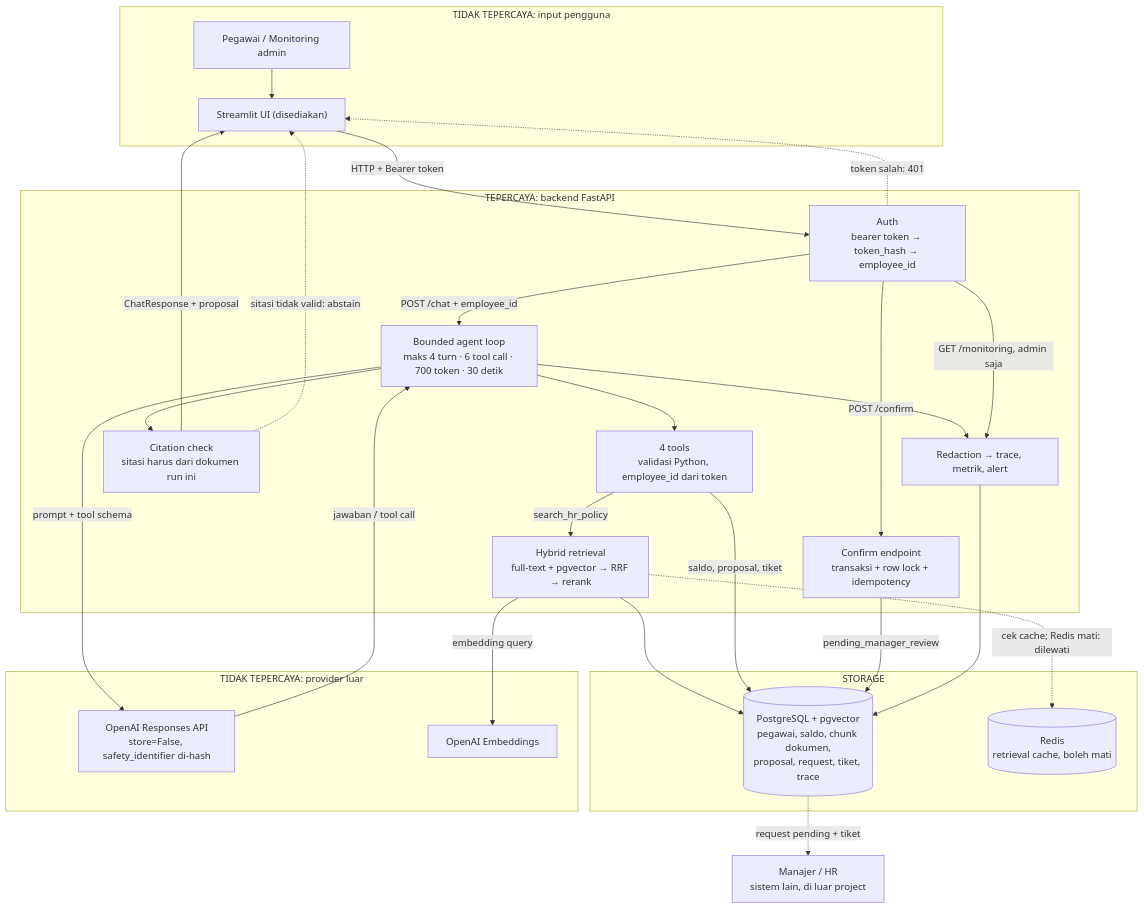
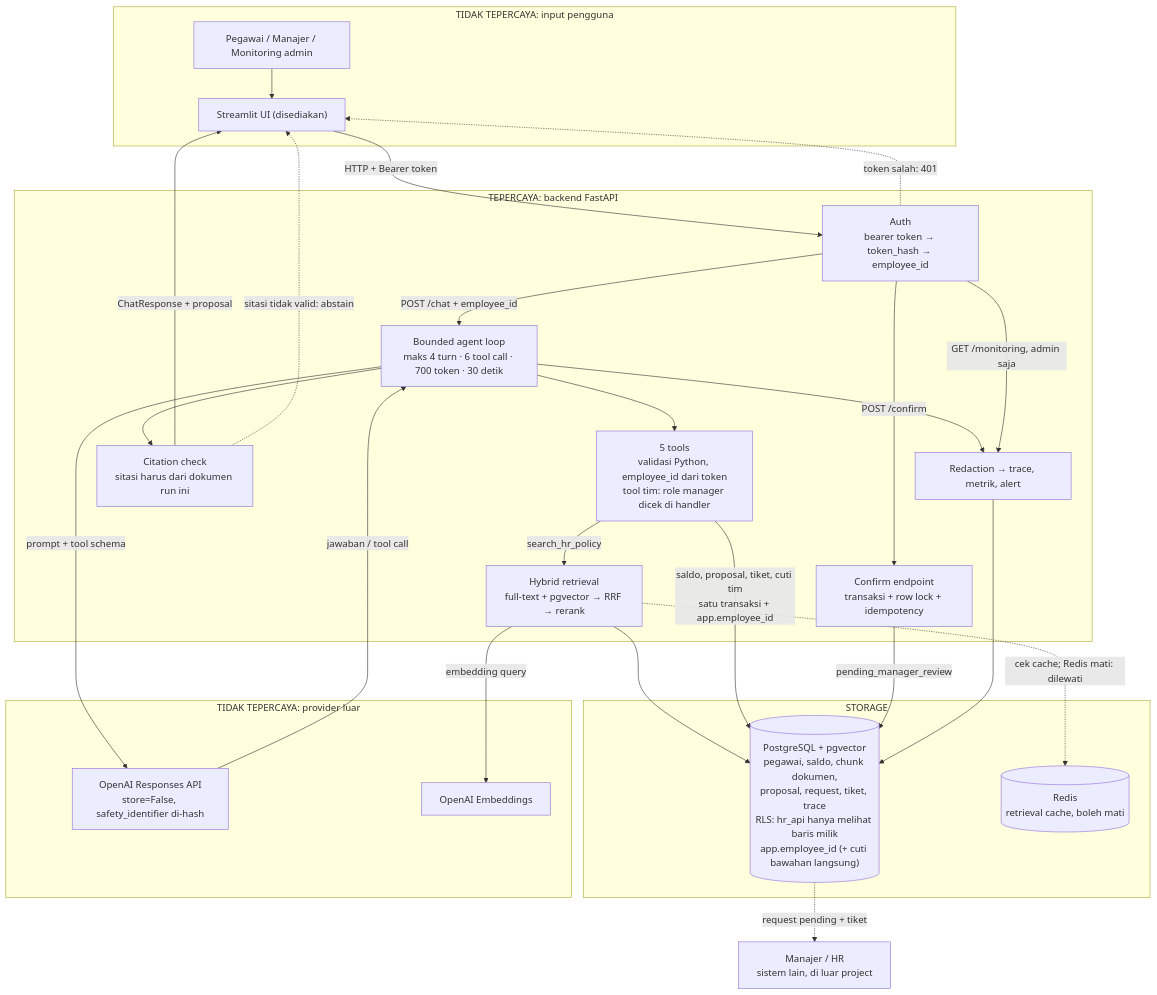
The first of 4 diagrams in templates/architecture.md (sondangtesla/HR-Agent-Final), drawn with Mermaid before and after one commit. The commit also changed other lines of this file and 6 other files, not shown here.

First line of the commit message:
docs: record the manager team-analytics feature (K36), risks, diagram, evaluation

````diff
--- a/templates/architecture.md
+++ b/templates/architecture.md
@@ -9,51 +9,51 @@
 ```mermaid
 flowchart TB
     subgraph ZONA_USER["TIDAK TEPERCAYA: input pengguna"]
-        USER["Pegawai / Monitoring admin"]
+        USER["Pegawai / Manajer / Monitoring admin"]
         UI["Streamlit UI (disediakan)"]
     end
 
     subgraph ZONA_BACKEND["TEPERCAYA: backend FastAPI"]
         AUTH["Auth<br/>bearer token → token_hash → employee_id"]
         AGENT["Bounded agent loop<br/>maks 4 turn · 6 tool call · 700 token · 30 detik"]
-        TOOLS["4 tools<br/>validasi Python, employee_id dari token"]
+        TOOLS["5 tools<br/>validasi Python, employee_id dari token<br/>tool tim: role manager dicek di handler"]
         RET["Hybrid retrieval<br/>full-text + pgvector → RRF → rerank"]
         CITE["Citation check<br/>sitasi harus dari dokumen run ini"]
         CONFIRM["Confirm endpoint<br/>transaksi + row lock + idempotency"]
         TEL["Redaction → trace, metrik, alert"]
     end
 
     subgraph ZONA_STORAGE["STORAGE"]
-        PG[("PostgreSQL + pgvector<br/>pegawai, saldo, chunk dokumen,<br/>proposal, request, tiket, trace")]
+        PG[("PostgreSQL + pgvector<br/>pegawai, saldo, chunk dokumen,<br/>proposal, request, tiket, trace<br/>RLS: hr_api hanya melihat baris milik<br/>app.employee_id (+ cuti bawahan langsung)")]
         REDIS[("Redis<br/>retrieval cache, boleh mati")]
     end
 
     subgraph ZONA_PROVIDER["TIDAK TEPERCAYA: provider luar"]
         LLM["OpenAI Responses API<br/>store=False, safety_identifier di-hash"]
         EMB["OpenAI Embeddings"]
     end
 
     HUMAN["Manajer / HR<br/>sistem lain, di luar project"]
 
     USER --> UI
     UI -->|"HTTP + Bearer token"| AUTH
     AUTH -.->|"token salah: 401"| UI
     AUTH -->|"POST /chat + employee_id"| AGENT
     AGENT -->|"prompt + tool schema"| LLM
     LLM -->|"jawaban / tool call"| AGENT
     AGENT --> TOOLS
     TOOLS -->|"search_hr_policy"| RET
     RET -.->|"cek cache; Redis mati: dilewati"| REDIS
     RET -->|"embedding query"| EMB
     RET --> PG
-    TOOLS -->|"saldo, proposal, tiket"| PG
+    TOOLS -->|"saldo, proposal, tiket, cuti tim<br/>satu transaksi + app.employee_id"| PG
     AGENT --> CITE
     CITE -->|"ChatResponse + proposal"| UI
     CITE -.->|"sitasi tidak valid: abstain"| UI
     AUTH -->|"POST /confirm"| CONFIRM
     CONFIRM -->|"pending_manager_review"| PG
     AGENT --> TEL
     TEL --> PG
     AUTH -->|"GET /monitoring, admin saja"| TEL
     PG -.->|"request pending + tiket"| HUMAN
 ```
````
